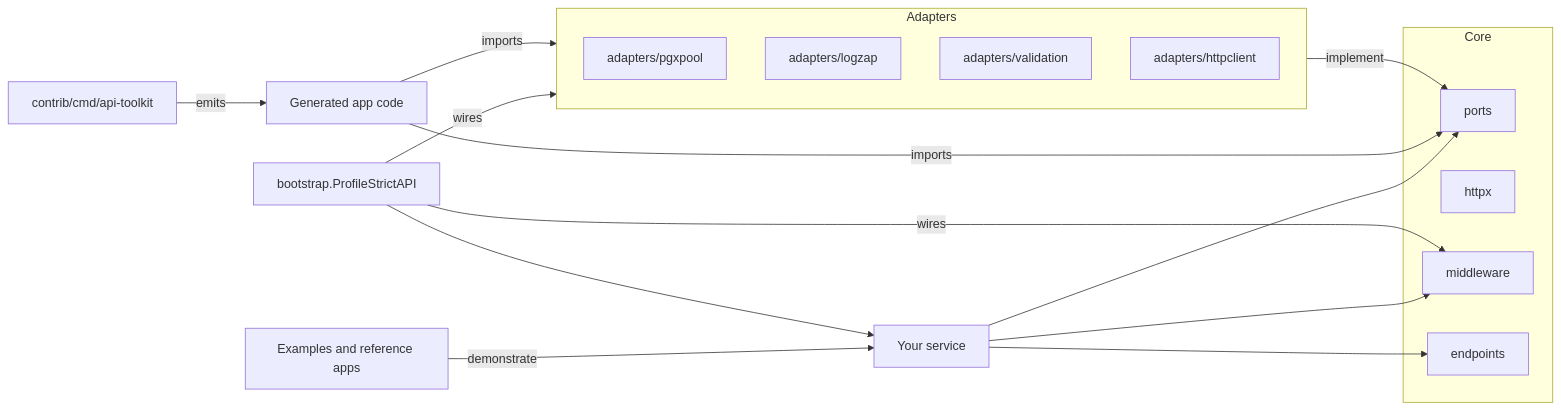
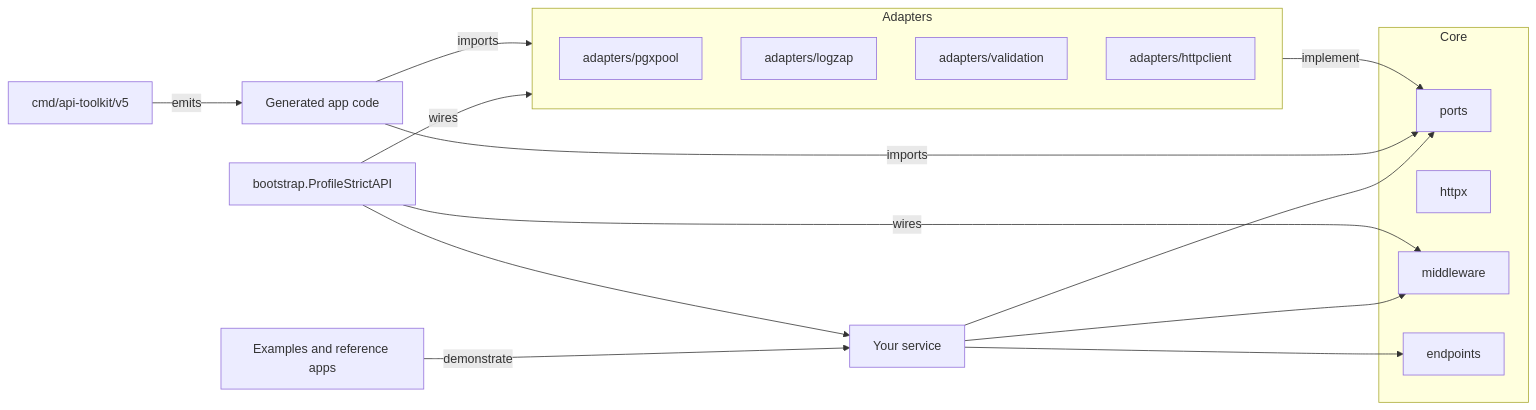
Before and after one commit to aatuh/api-toolkit: the diagram in docs/architecture.md, drawn with Mermaid. The commit also changed other lines of this file and 35 other files, not shown here.

````diff
--- a/docs/architecture.md
+++ b/docs/architecture.md
@@ -42,35 +42,35 @@
 ```mermaid
 flowchart LR
   subgraph Core
     Ports[ports]
     Httpx[httpx]
     Middleware[middleware]
     Endpoints[endpoints]
   end
 
   subgraph Adapters
     DB[adapters/pgxpool]
     Log[adapters/logzap]
     Validate[adapters/validation]
     HTTPClient[adapters/httpclient]
   end
 
   Bootstrap[bootstrap.ProfileStrictAPI]
-  CLI[contrib/cmd/api-toolkit]
+  CLI[cmd/api-toolkit/v5]
   Generated[Generated app code]
   Examples[Examples and reference apps]
   App[Your service]
 
   App --> Ports
   App --> Middleware
   App --> Endpoints
 
   Adapters -->|implement| Ports
   Bootstrap -->|wires| Adapters
   Bootstrap -->|wires| Middleware
   CLI -->|emits| Generated
   Generated -->|imports| Ports
   Generated -->|imports| Adapters
   Examples -->|demonstrate| App
   Bootstrap --> App
 ```
````
